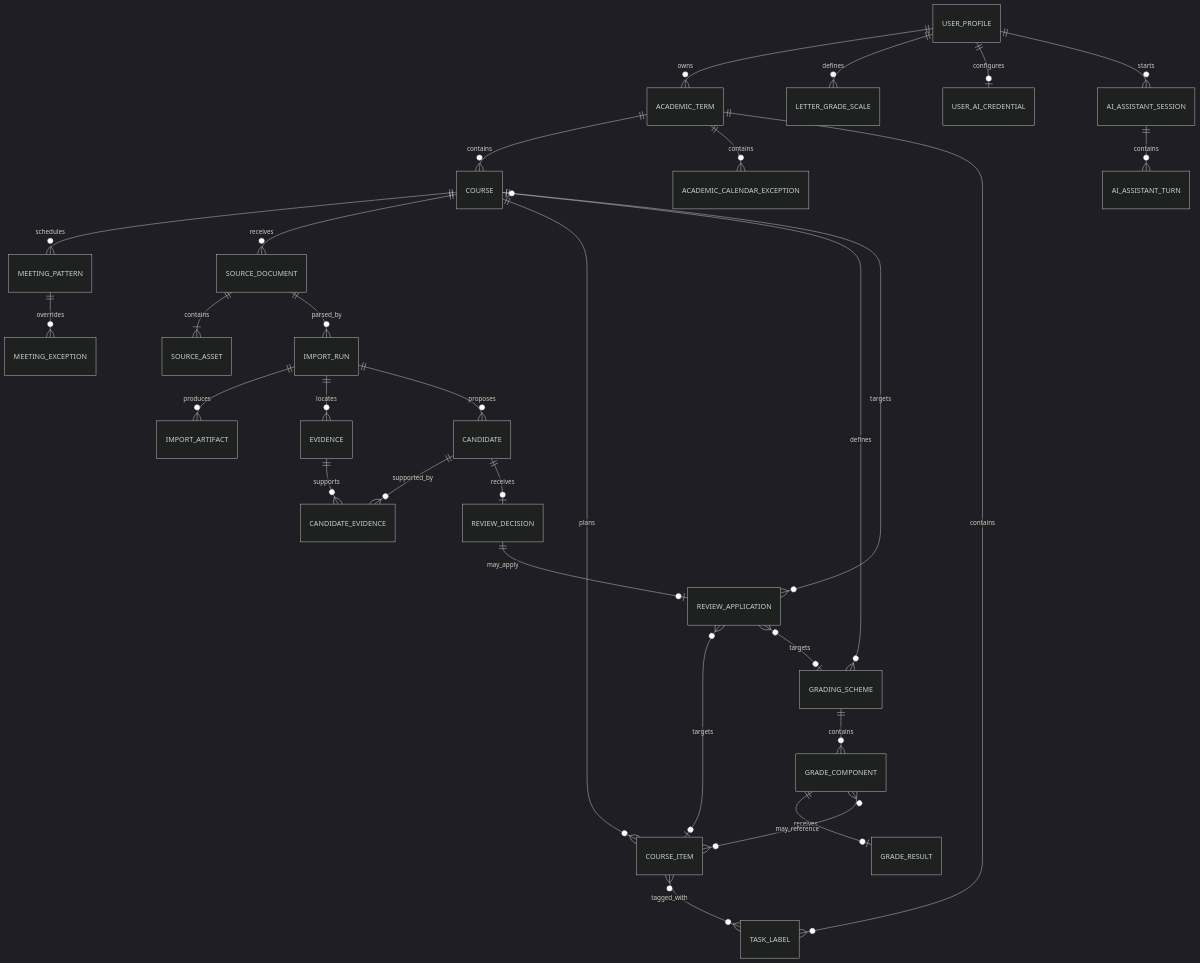
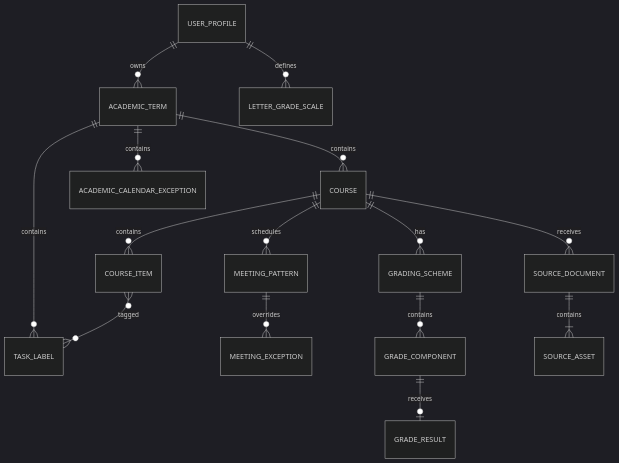
The diagram in docs/architecture/DATA_MODEL.md (siruimei07/Course-Flow), drawn with Mermaid (dark theme) before and after one commit. The commit also changed other lines of this file and 81 other files, not shown here.

````diff
--- a/docs/architecture/DATA_MODEL.md
+++ b/docs/architecture/DATA_MODEL.md
@@ -20,32 +18,17 @@
 ```mermaid
 erDiagram
     USER_PROFILE ||--o{ ACADEMIC_TERM : owns
     USER_PROFILE ||--o{ LETTER_GRADE_SCALE : defines
-    USER_PROFILE ||--o| USER_AI_CREDENTIAL : configures
-    USER_PROFILE ||--o{ AI_ASSISTANT_SESSION : starts
-    AI_ASSISTANT_SESSION ||--o{ AI_ASSISTANT_TURN : contains
     ACADEMIC_TERM ||--o{ COURSE : contains
     ACADEMIC_TERM ||--o{ ACADEMIC_CALENDAR_EXCEPTION : contains
     ACADEMIC_TERM ||--o{ TASK_LABEL : contains
     COURSE ||--o{ MEETING_PATTERN : schedules
     MEETING_PATTERN ||--o{ MEETING_EXCEPTION : overrides
+    COURSE ||--o{ COURSE_ITEM : contains
+    COURSE ||--o{ GRADING_SCHEME : has
+    GRADING_SCHEME ||--o{ GRADE_COMPONENT : contains
+    GRADE_COMPONENT ||--o| GRADE_RESULT : receives
+    COURSE_ITEM }o--o{ TASK_LABEL : tagged
     COURSE ||--o{ SOURCE_DOCUMENT : receives
     SOURCE_DOCUMENT ||--|{ SOURCE_ASSET : contains
-    SOURCE_DOCUMENT ||--o{ IMPORT_RUN : parsed_by
-    IMPORT_RUN ||--o{ IMPORT_ARTIFACT : produces
-    IMPORT_RUN ||--o{ EVIDENCE : locates
-    IMPORT_RUN ||--o{ CANDIDATE : proposes
-    CANDIDATE ||--o{ CANDIDATE_EVIDENCE : supported_by
-    EVIDENCE ||--o{ CANDIDATE_EVIDENCE : supports
-    CANDIDATE ||--o| REVIEW_DECISION : receives
-    REVIEW_DECISION ||--o| REVIEW_APPLICATION : may_apply
-    COURSE ||--o{ COURSE_ITEM : plans
-    COURSE ||--o{ GRADING_SCHEME : defines
-    GRADING_SCHEME ||--o{ GRADE_COMPONENT : contains
-    GRADE_COMPONENT ||--o| GRADE_RESULT : receives
-    GRADE_COMPONENT }o--o{ COURSE_ITEM : may_reference
-    COURSE_ITEM }o--o{ TASK_LABEL : tagged_with
-    REVIEW_APPLICATION }o--o| COURSE : targets
-    REVIEW_APPLICATION }o--o| COURSE_ITEM : targets
-    REVIEW_APPLICATION }o--o| GRADING_SCHEME : targets
 ```
````
